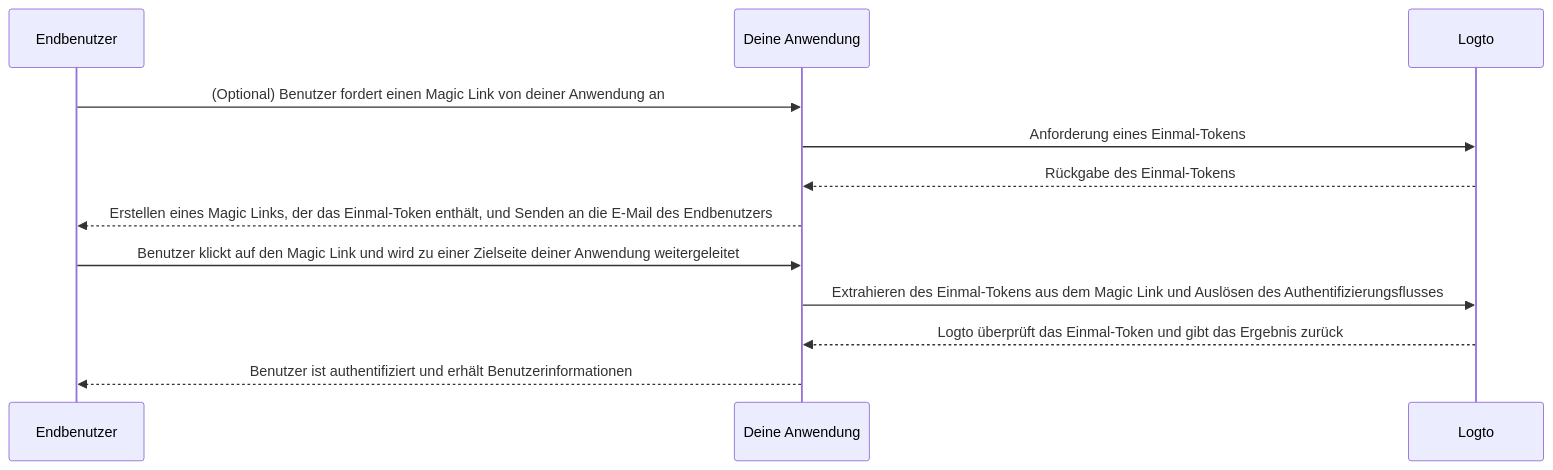
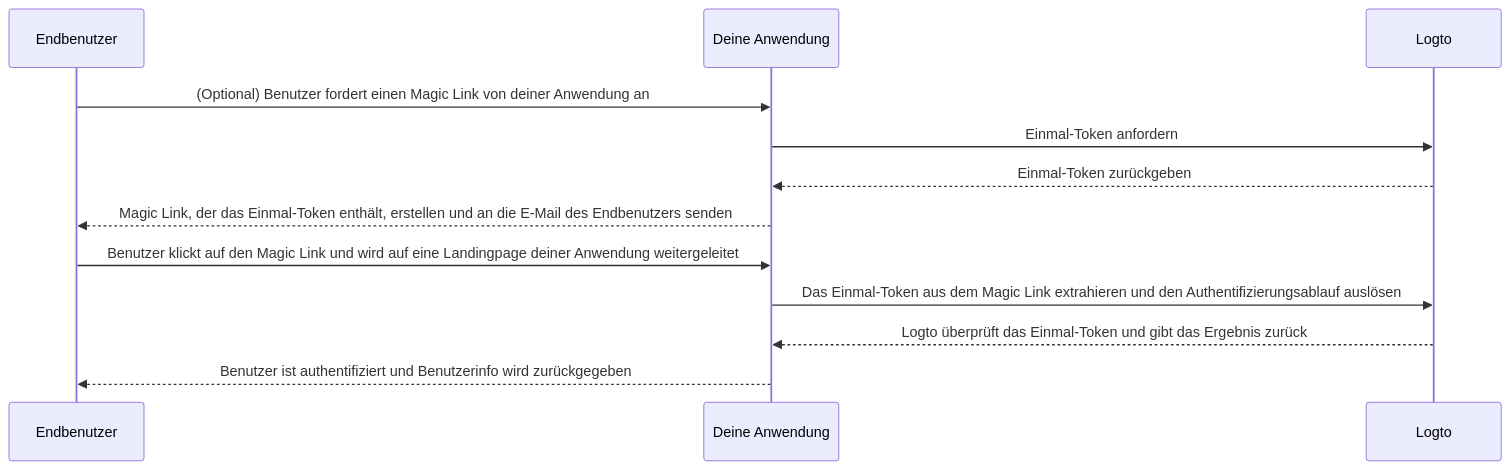
Before and after one commit to logto-io/docs: the diagram in i18n/de/docusaurus-plugin-content-docs/current/end-user-flows/one-time-token.mdx, drawn with Mermaid. The commit also changed other lines of this file and 233 other files, not shown here.

````diff
--- a/i18n/de/docusaurus-plugin-content-docs/current/end-user-flows/one-time-token.mdx
+++ b/i18n/de/docusaurus-plugin-content-docs/current/end-user-flows/one-time-token.mdx
@@ -21,15 +24,15 @@
 ```mermaid
 sequenceDiagram
   participant U as Endbenutzer
   participant C as Deine Anwendung
   participant L as Logto
 
   U ->> C: (Optional) Benutzer fordert einen Magic Link von deiner Anwendung an
-  C ->> L: Anforderung eines Einmal-Tokens
-  L -->> C: Rückgabe des Einmal-Tokens
-  C -->> U: Erstellen eines Magic Links, der das Einmal-Token enthält, und Senden an die E-Mail des Endbenutzers
-  U ->> C: Benutzer klickt auf den Magic Link und wird zu einer Zielseite deiner Anwendung weitergeleitet
-  C ->> L: Extrahieren des Einmal-Tokens aus dem Magic Link und Auslösen des Authentifizierungsflusses
+  C ->> L: Einmal-Token anfordern
+  L -->> C: Einmal-Token zurückgeben
+  C -->> U: Magic Link, der das Einmal-Token enthält, erstellen und an die E-Mail des Endbenutzers senden
+  U ->> C: Benutzer klickt auf den Magic Link und wird auf eine Landingpage deiner Anwendung weitergeleitet
+  C ->> L: Das Einmal-Token aus dem Magic Link extrahieren und den Authentifizierungsablauf auslösen
   L -->> C: Logto überprüft das Einmal-Token und gibt das Ergebnis zurück
-  C -->> U: Benutzer ist authentifiziert und erhält Benutzerinformationen
+  C -->> U: Benutzer ist authentifiziert und Benutzerinfo wird zurückgegeben
 ```
````
